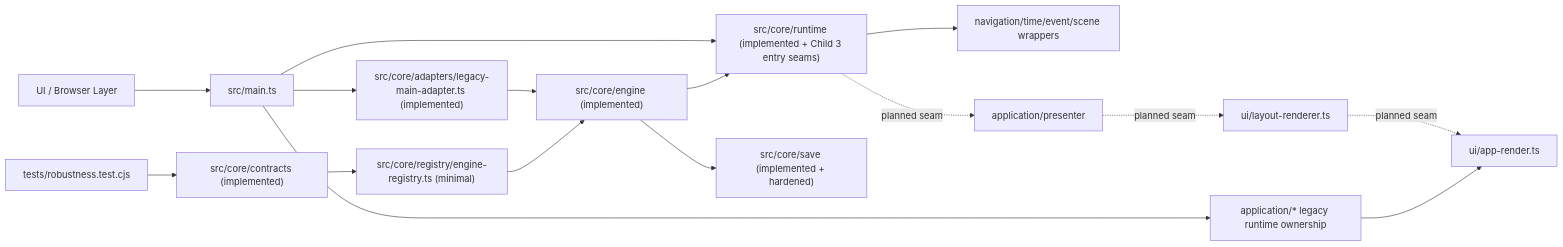
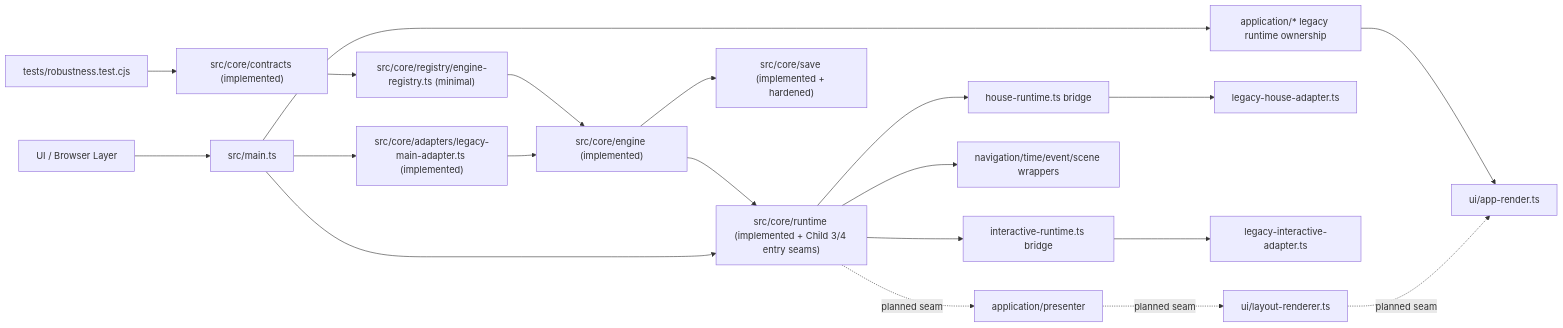
The first of 5 diagrams in docs/superpowers/weekly/2026-06-29-weekly-architecture-report.md (MA141277/RPG_TG), drawn with Mermaid before and after one commit. The commit also changed other lines of this file and 19 other files, not shown here.

Commit message:
refactor: add interactive runtime bridge seams

````diff
--- a/docs/superpowers/weekly/2026-06-29-weekly-architecture-report.md
+++ b/docs/superpowers/weekly/2026-06-29-weekly-architecture-report.md
@@ -24,18 +24,22 @@
 ```mermaid
 flowchart LR
     UI["UI / Browser Layer"] --> MAIN["src/main.ts"]
     MAIN --> APP["application/* legacy runtime ownership"]
     APP --> UIR["ui/app-render.ts"]
     COREC["src/core/contracts (implemented)"] --> CORER["src/core/registry/engine-registry.ts (minimal)"]
     CORER --> COREE["src/core/engine (implemented)"]
-    COREE --> CORERT["src/core/runtime (implemented + Child 3 entry seams)"]
+    COREE --> CORERT["src/core/runtime (implemented + Child 3/4 entry seams)"]
     COREE --> CORES["src/core/save (implemented + hardened)"]
     MAIN --> ADAPTER["src/core/adapters/legacy-main-adapter.ts (implemented)"]
     ADAPTER --> COREE
     MAIN --> CORERT
+    CORERT --> HOUCERT["house-runtime.ts bridge"]
+    CORERT --> INTRT["interactive-runtime.ts bridge"]
+    HOUCERT --> HOUSEAD["legacy-house-adapter.ts"]
+    INTRT --> INTAD["legacy-interactive-adapter.ts"]
     CORERT --> NAVRT["navigation/time/event/scene wrappers"]
     CORERT -. planned seam .-> PRESENTER["application/presenter"]
     PRESENTER -. planned seam .-> UIL["ui/layout-renderer.ts"]
     UIL -. planned seam .-> UIR
     TESTS["tests/robustness.test.cjs"] --> COREC
 ```
````
